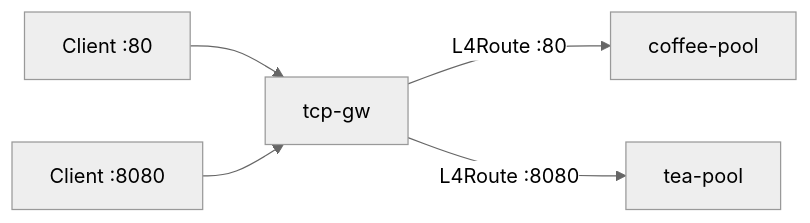
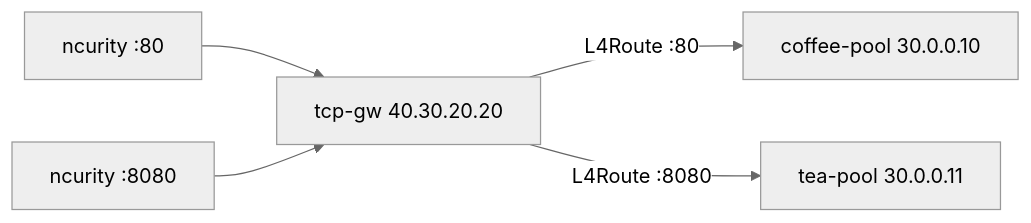
Before and after one commit to mink0119/2609_f5bnk: the diagram in Advanced_Feature/3.16_TCPRoute_Listener/README.md, drawn with Mermaid (neutral theme). The commit also changed other lines of this file and 9 other files, not shown here.

````diff
--- a/Advanced_Feature/3.16_TCPRoute_Listener/README.md
+++ b/Advanced_Feature/3.16_TCPRoute_Listener/README.md
@@ -7,7 +10,7 @@
 ```mermaid
 flowchart LR
-  C80[Client :80] --> GW[tcp-gw]
-  C8080[Client :8080] --> GW
-  GW -->|L4Route :80| P1[coffee-pool]
-  GW -->|L4Route :8080| P2[tea-pool]
+  C80[ncurity :80] --> GW["tcp-gw 40.30.20.20"]
+  C8080[ncurity :8080] --> GW
+  GW -->|L4Route :80| P1["coffee-pool 30.0.0.10"]
+  GW -->|L4Route :8080| P2["tea-pool 30.0.0.11"]
 ```
````
